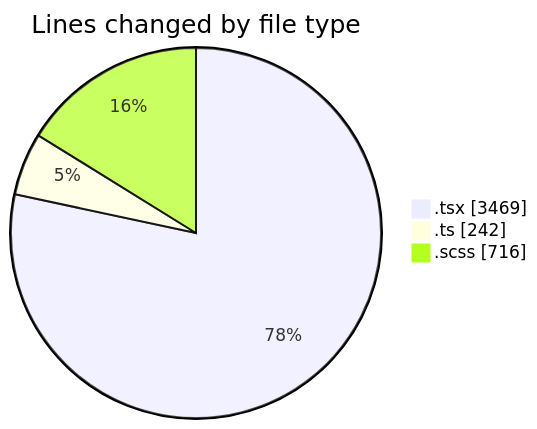
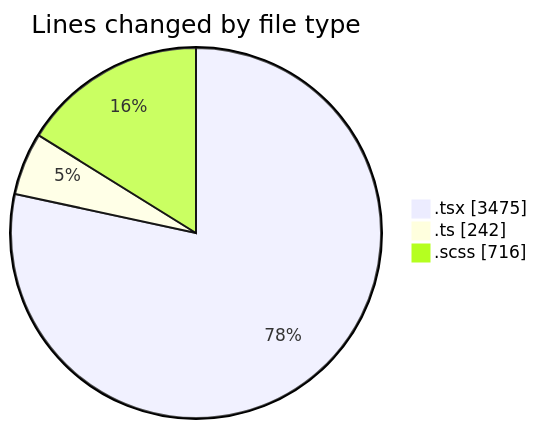
One commit to momahboobian/code-tracking changed the first of 2 diagrams in 2025-09-15/cda/README.md. Above: the diagram before and after it, drawn with Mermaid. The commit also changed other lines of this file and 1 other file, not shown here.

````diff
--- a/2025-09-15/cda/README.md
+++ b/2025-09-15/cda/README.md
@@ -25,7 +25,7 @@
 ```mermaid
 pie showData
 title Lines changed by file type
-".tsx" : 3469
+".tsx" : 3475
 ".ts" : 242
 ".scss" : 716
 ```
````
